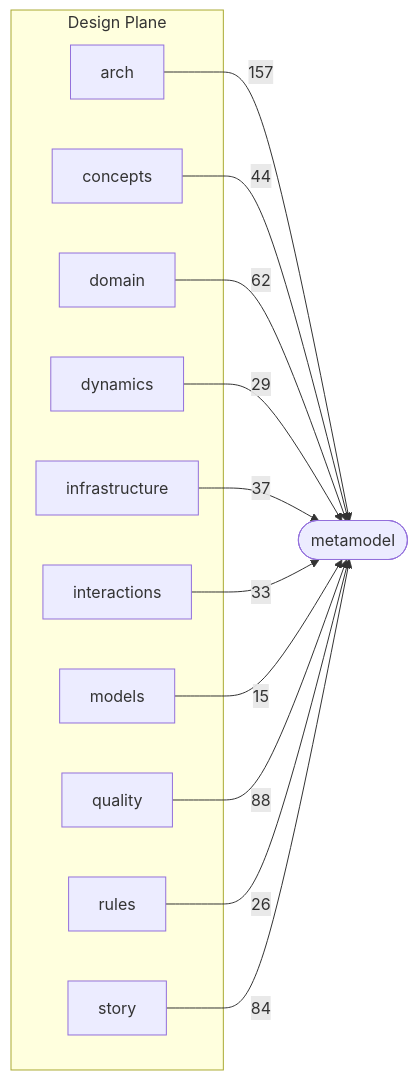
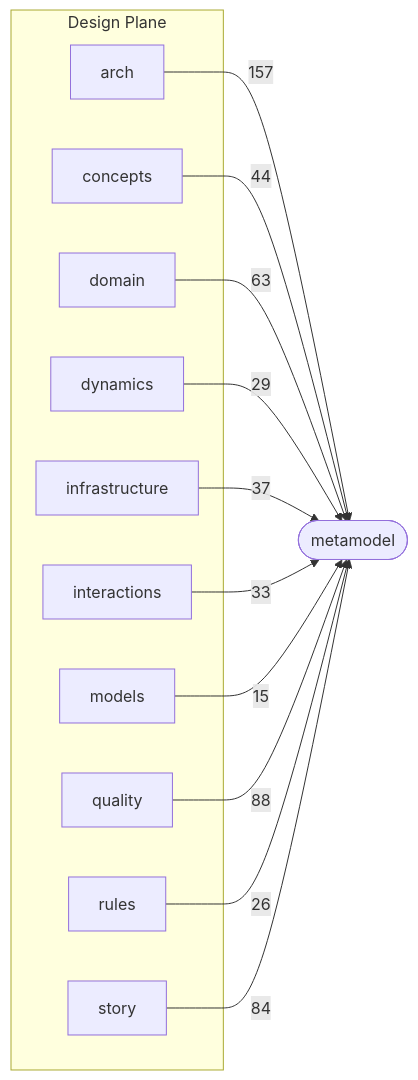
The second of 3 diagrams in docs/schema-atlas/v2.8/layer-map.md (Archally/blueprint-schema), drawn with Mermaid before and after one commit. The commit also changed other lines of this file and 82 other files, not shown here.

Commit message:
Blueprint Schema: the 2.8 line reaches 2.8.108

````diff
--- a/docs/schema-atlas/v2.8/layer-map.md
+++ b/docs/schema-atlas/v2.8/layer-map.md
@@ -96,26 +96,26 @@
 ```mermaid
 graph LR
     subgraph design_plane["Design Plane"]
         design_arch_schema_yaml["arch"]
         design_concepts_schema_yaml["concepts"]
         design_domain_schema_yaml["domain"]
         design_dynamics_schema_yaml["dynamics"]
         design_infrastructure_schema_yaml["infrastructure"]
         design_interactions_schema_yaml["interactions"]
         design_models_schema_yaml["models"]
         design_quality_schema_yaml["quality"]
         design_rules_schema_yaml["rules"]
         design_story_schema_yaml["story"]
     end
     metamodel_schema_yaml(["metamodel"])
     design_arch_schema_yaml -->|157| metamodel_schema_yaml
     design_concepts_schema_yaml -->|44| metamodel_schema_yaml
-    design_domain_schema_yaml -->|62| metamodel_schema_yaml
+    design_domain_schema_yaml -->|63| metamodel_schema_yaml
     design_dynamics_schema_yaml -->|29| metamodel_schema_yaml
     design_infrastructure_schema_yaml -->|37| metamodel_schema_yaml
     design_interactions_schema_yaml -->|33| metamodel_schema_yaml
     design_models_schema_yaml -->|15| metamodel_schema_yaml
     design_quality_schema_yaml -->|88| metamodel_schema_yaml
     design_rules_schema_yaml -->|26| metamodel_schema_yaml
     design_story_schema_yaml -->|84| metamodel_schema_yaml
 ```
````
